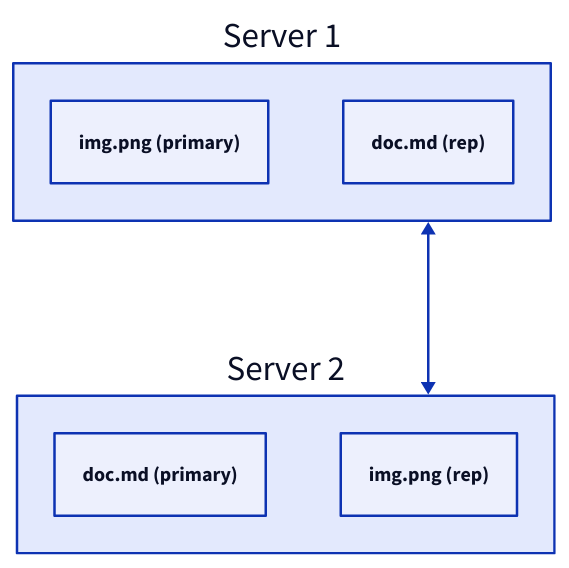
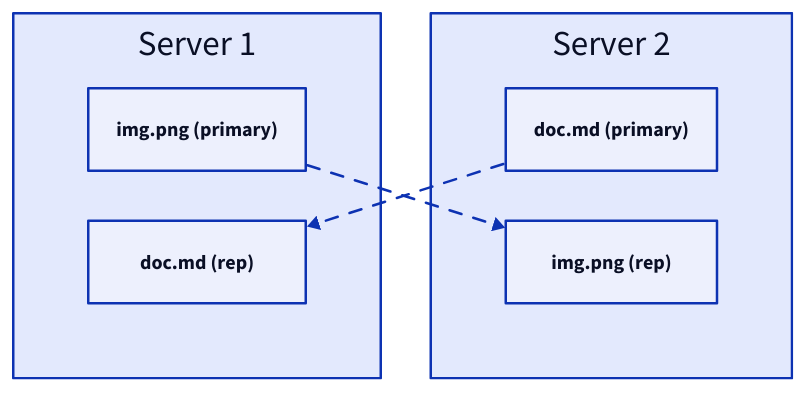
Before and after one commit to link1905/system-design-101: the third of 19 diagrams in content/docs/data-persistence/media-storage.md, drawn with D2. The commit also changed other lines of this file and 40 other files, not shown here.

````diff
--- a/content/docs/data-persistence/media-storage.md
+++ b/content/docs/data-persistence/media-storage.md
@@ -94,19 +93,28 @@
 ```d2
+direction: right
+grid-rows: 1
 s1: Server 1 {
-  "img.png (primary)" {
+  grid-rows: 2
+  f1: "img.png (primary)" {
     class: file
   }
-  "doc.md (rep)" {
+  f2: "doc.md (rep)" {
     class: file
   }
 }
 s2: Server 2 {
-  "doc.md (primary)" {
+  grid-rows: 2
+  f1: "doc.md (primary)" {
     class: file
   }
-  "img.png (rep)" {
+  f2: "img.png (rep)" {
     class: file
   }
 }
-s1 <-> s2
+s1.f1 -> s2.f2 {
+  style.animated: true
+}
+s2.f1 -> s1.f2 {
+  style.animated: true
+}
 ```
````
